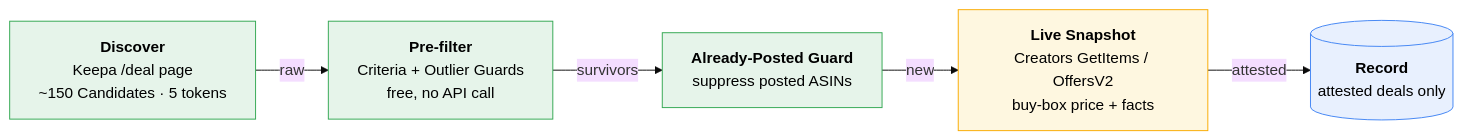
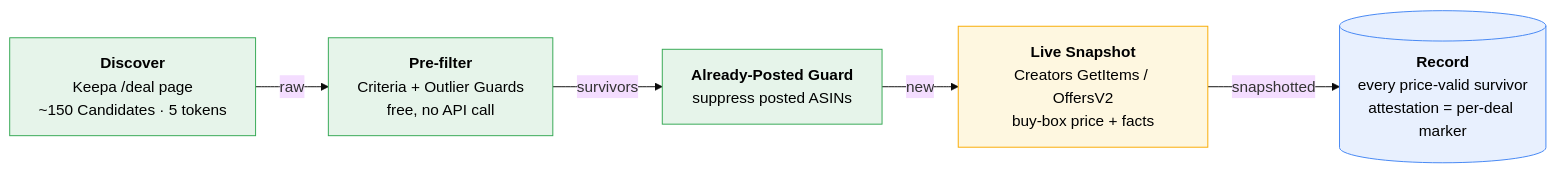
Before and after one commit to andreiRS/deal-promoter: the first of 3 diagrams in README.md, drawn with Mermaid (base theme). The commit also changed other lines of this file and 3 other files, not shown here.

````diff
--- a/README.md
+++ b/README.md
@@ -47,17 +66,17 @@
 ```mermaid
 flowchart LR
     K["<b>Discover</b><br/>Keepa /deal page<br/>~150 Candidates · 5 tokens"]
     P["<b>Pre-filter</b><br/>Criteria + Outlier Guards<br/>free, no API call"]
     G["<b>Already-Posted Guard</b><br/>suppress posted ASINs"]
     S["<b>Live Snapshot</b><br/>Creators GetItems / OffersV2<br/>buy-box price + facts"]
-    R[("<b>Record</b><br/>attested deals only")]
+    R[("<b>Record</b><br/>every price-valid survivor<br/>attestation = per-deal marker")]
 
-    K -->|raw| P -->|survivors| G -->|new| S -->|attested| R
+    K -->|raw| P -->|survivors| G -->|new| S -->|snapshotted| R
 
     classDef free fill:#e6f4ea,stroke:#34a853,color:#000;
     classDef paid fill:#fef7e0,stroke:#f9ab00,color:#000;
     classDef store fill:#e8f0fe,stroke:#4285f4,color:#000;
     class K,P,G free;
     class S paid;
     class R store;
 ```
````
